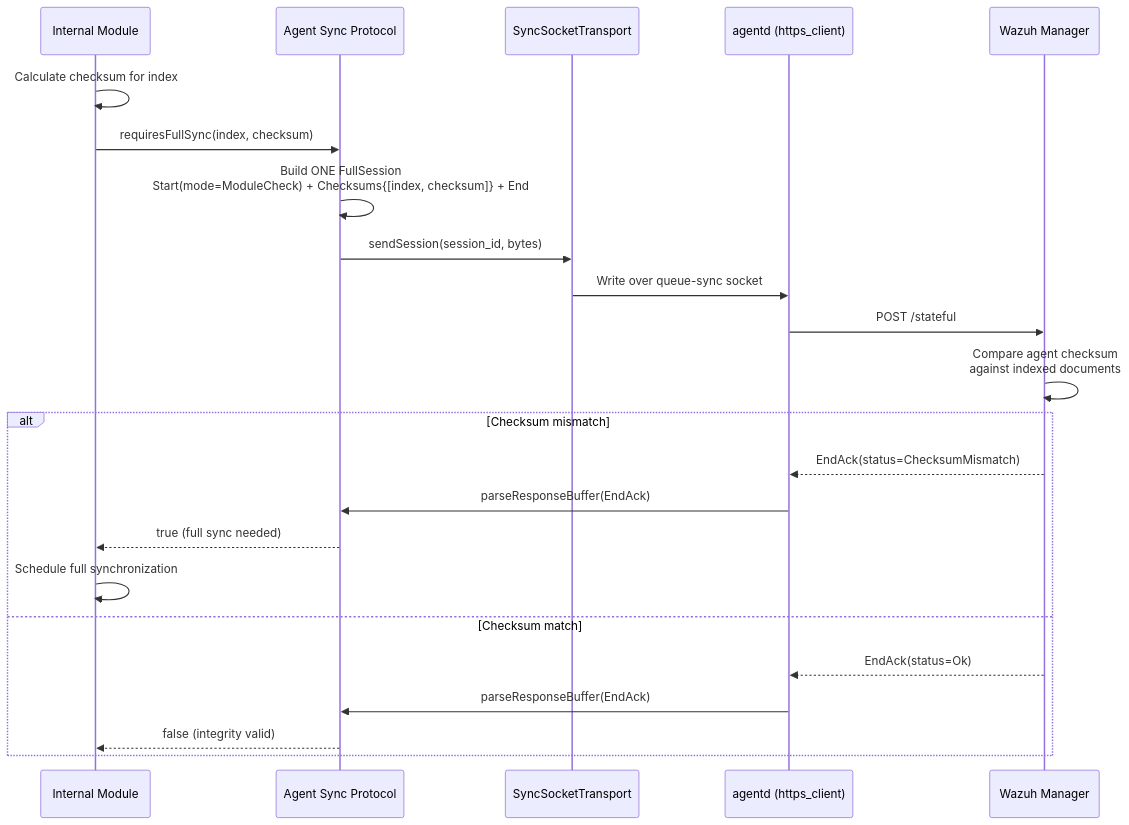
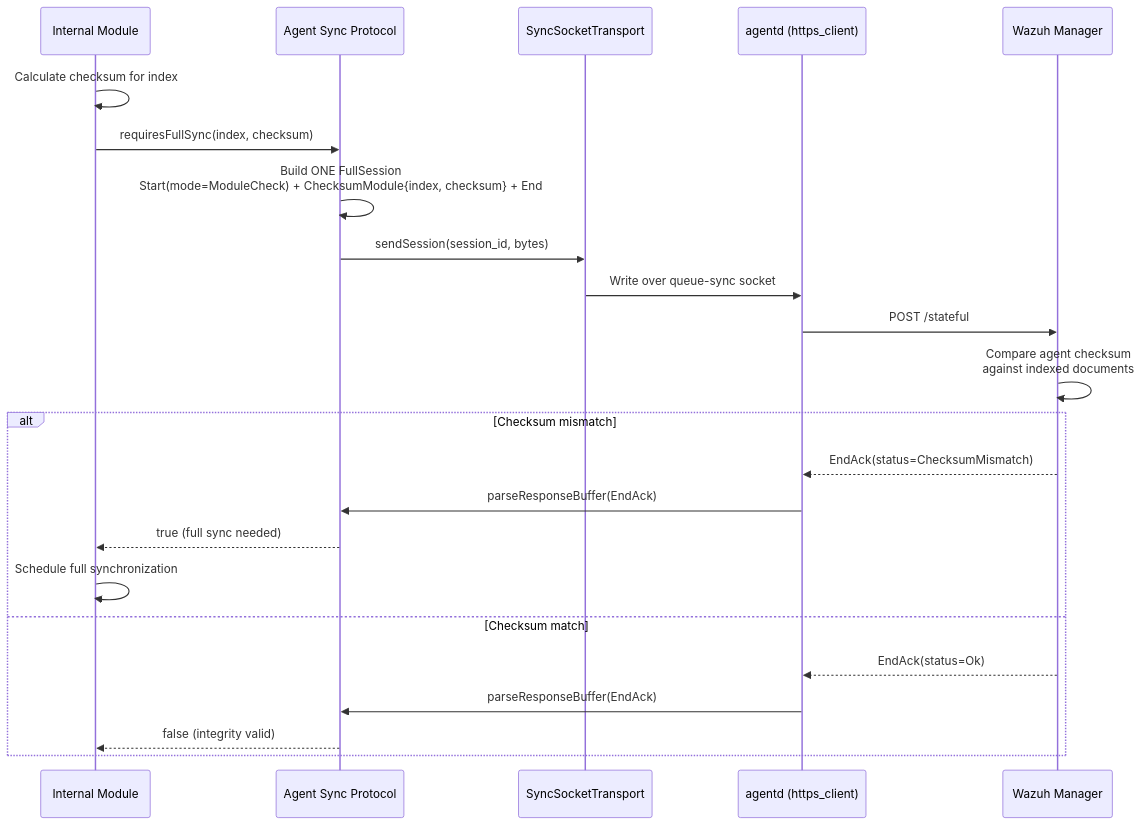
Before and after one commit to wazuh/wazuh: the fifth of 12 diagrams in docs/ref/modules/utils/sync-protocol/sequence-diagrams.md, drawn with Mermaid. The commit also changed other lines of this file and 48 other files, not shown here.

````diff
--- a/docs/ref/modules/utils/sync-protocol/sequence-diagrams.md
+++ b/docs/ref/modules/utils/sync-protocol/sequence-diagrams.md
@@ -113,29 +113,29 @@
 ```mermaid
 sequenceDiagram
     participant Module as Internal Module
     participant ASP as Agent Sync Protocol
     participant Transport as SyncSocketTransport
     participant AD as agentd (https_client)
     participant Manager as Wazuh Manager
 
     Module->>Module: Calculate checksum for index
     Module->>ASP: requiresFullSync(index, checksum)
 
-    ASP->>ASP: Build ONE FullSession<br/>Start(mode=ModuleCheck) + Checksums{[index, checksum]} + End
+    ASP->>ASP: Build ONE FullSession<br/>Start(mode=ModuleCheck) + ChecksumModule{index, checksum} + End
     ASP->>Transport: sendSession(session_id, bytes)
     Transport->>AD: Write over queue-sync socket
     AD->>Manager: POST /stateful
 
     Manager->>Manager: Compare agent checksum<br/>against indexed documents
 
     alt Checksum mismatch
         Manager-->>AD: EndAck(status=ChecksumMismatch)
         AD->>ASP: parseResponseBuffer(EndAck)
         ASP-->>Module: true (full sync needed)
         Module->>Module: Schedule full synchronization
     else Checksum match
         Manager-->>AD: EndAck(status=Ok)
         AD->>ASP: parseResponseBuffer(EndAck)
         ASP-->>Module: false (integrity valid)
     end
 ```
````
